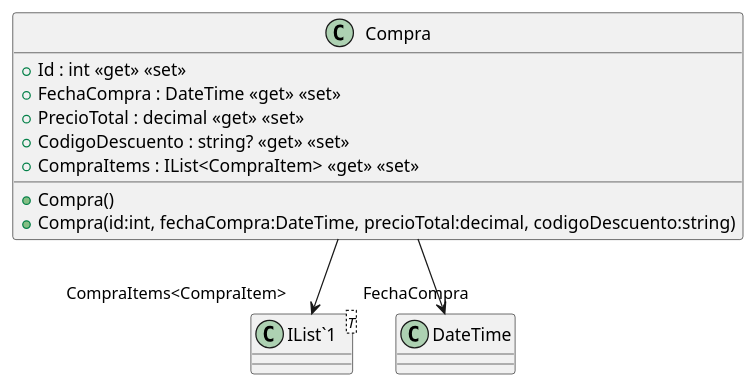
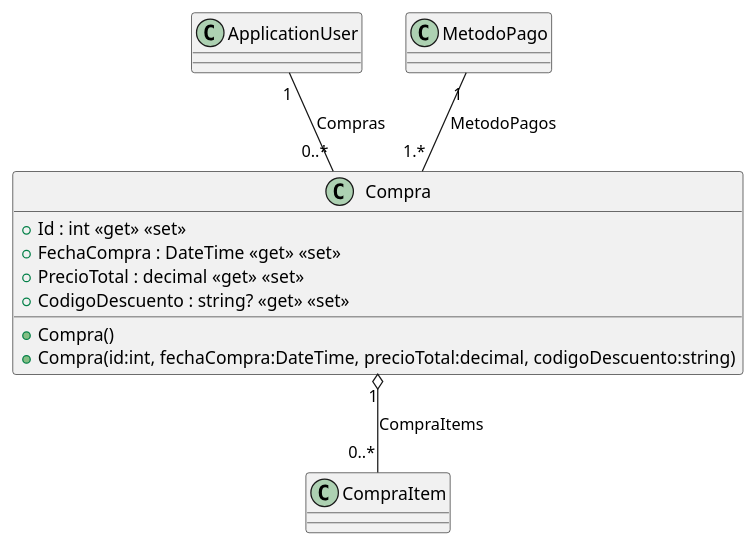
The diagram in src/AppForSEII.API/ClassDiagram/Compra.puml (ISII2627LosElnes/ISII2627LosElnes), drawn with PlantUML before and after one commit. The commit also changed 3 other files, not shown here.

Commit message:
Arreglo el diagrama del CU1

```diff
--- a/src/AppForSEII.API/ClassDiagram/Compra.puml
+++ b/src/AppForSEII.API/ClassDiagram/Compra.puml
@@ -1,15 +1,15 @@
 @startuml
 class Compra {
     + Compra()
     + Compra(id:int, fechaCompra:DateTime, precioTotal:decimal, codigoDescuento:string)
     + Id : int <<get>> <<set>>
     + FechaCompra : DateTime <<get>> <<set>>
     + PrecioTotal : decimal <<get>> <<set>>
     + CodigoDescuento : string? <<get>> <<set>>
-    + CompraItems : IList<CompraItem> <<get>> <<set>>
+
 }
-class "IList`1"<T> {
-}
-Compra --> "FechaCompra" DateTime
-Compra --> "CompraItems<CompraItem>" "IList`1"
+
+ Compra "1" o-- "0..*" CompraItem: CompraItems
+ ApplicationUser "1" -- "0..*" Compra : Compras
+ MetodoPago "1" -- "1.*" Compra : MetodoPagos
 @enduml
```
